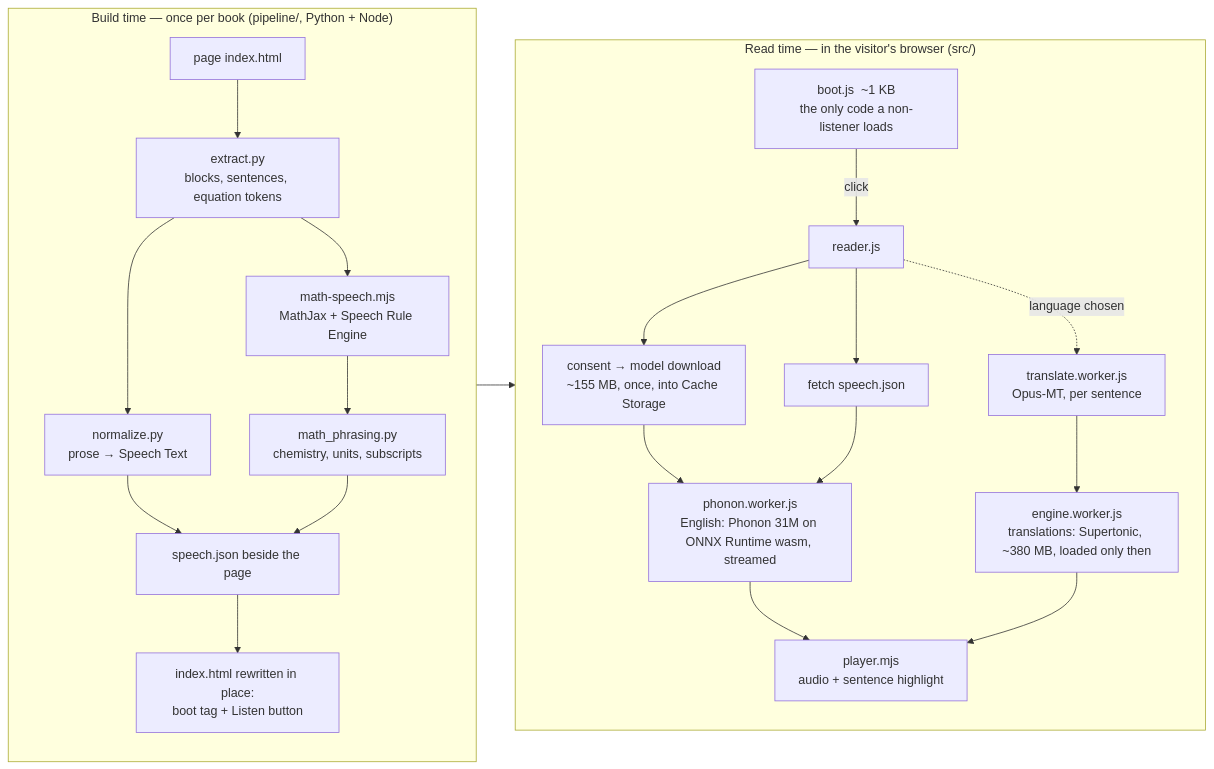
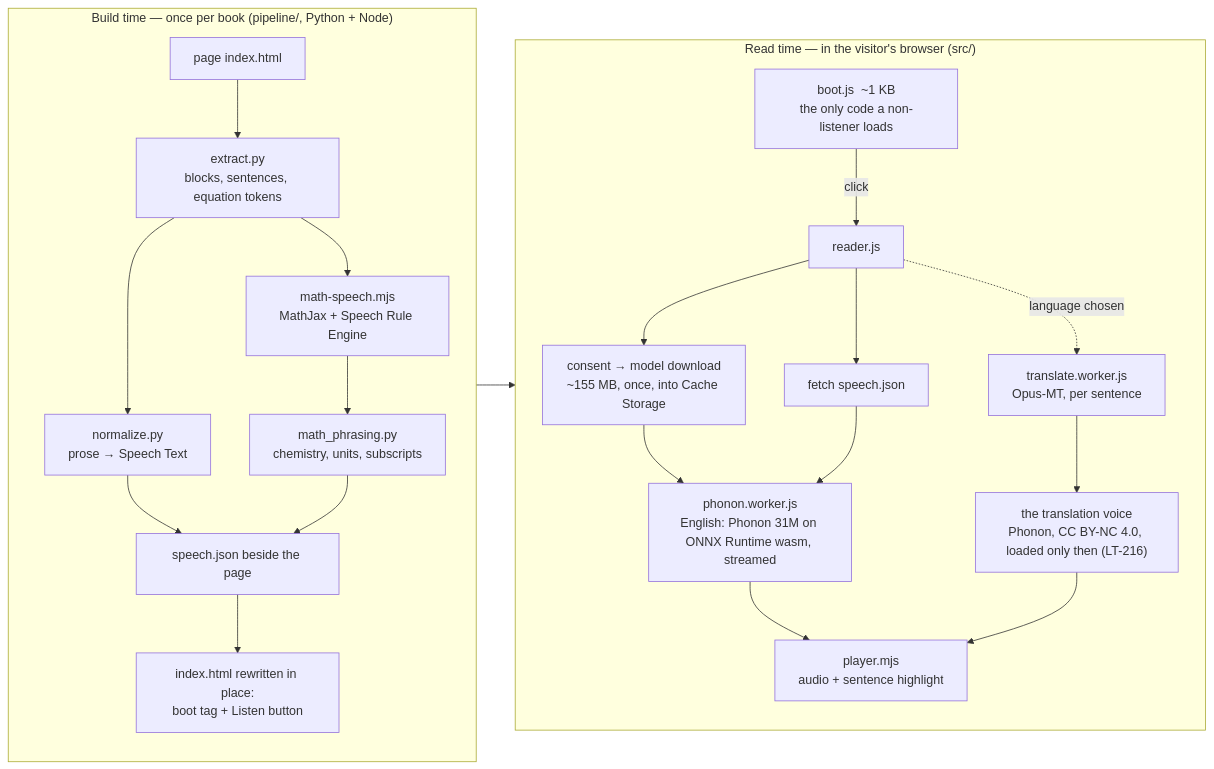
The diagram in README.md (johnnyrobot/libretext-reader-web), drawn with Mermaid before and after one commit. The commit also changed other lines of this file and 53 other files, not shown here.

First line of the commit message:
LT-217: Listen mode on Phonon only; remove Supertonic, keep en/fr/de/es/pt

````diff
--- a/README.md
+++ b/README.md
@@ -39,26 +39,26 @@
 ```mermaid
 flowchart LR
   subgraph build["Build time — once per book (pipeline/, Python + Node)"]
     direction TB
     A[page index.html] --> B["extract.py<br/>blocks, sentences, equation tokens"]
     B --> C["normalize.py<br/>prose → Speech Text"]
     B --> D["math-speech.mjs<br/>MathJax + Speech Rule Engine"]
     D --> E["math_phrasing.py<br/>chemistry, units, subscripts"]
     C --> F[speech.json beside the page]
     E --> F
     F --> G["index.html rewritten in place:<br/>boot tag + Listen button"]
   end
   subgraph read["Read time — in the visitor's browser (src/)"]
     direction TB
     H["boot.js  ~1 KB<br/>the only code a non-listener loads"] -- click --> I[reader.js]
     I --> J["consent → model download<br/>~155 MB, once, into Cache Storage"]
     I --> K[fetch speech.json]
     J --> P["phonon.worker.js<br/>English: Phonon 31M on ONNX Runtime wasm, streamed"]
     K --> P
     P --> M["player.mjs<br/>audio + sentence highlight"]
     I -. language chosen .-> N["translate.worker.js<br/>Opus-MT, per sentence"]
-    N --> L["engine.worker.js<br/>translations: Supertonic, ~380 MB, loaded only then"]
+    N --> L["the translation voice<br/>Phonon, CC BY-NC 4.0, loaded only then (LT-216)"]
     L --> M
   end
   G --> H
 ```
````
